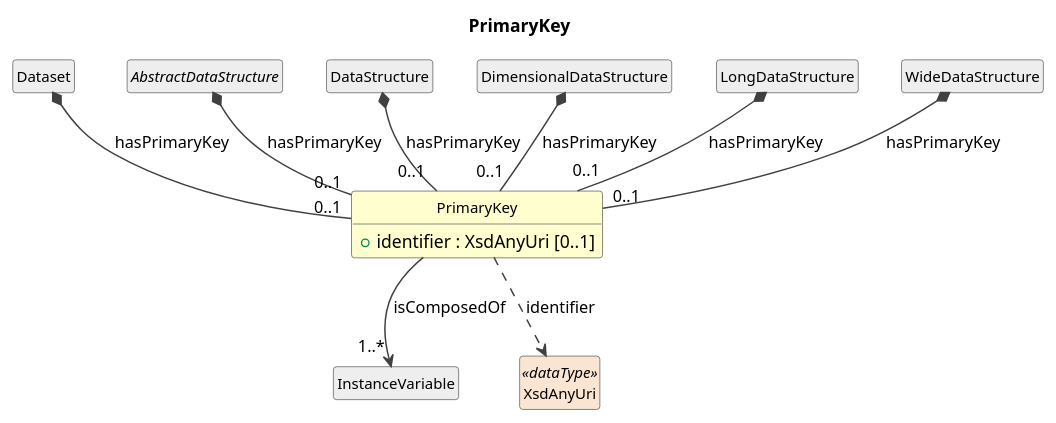
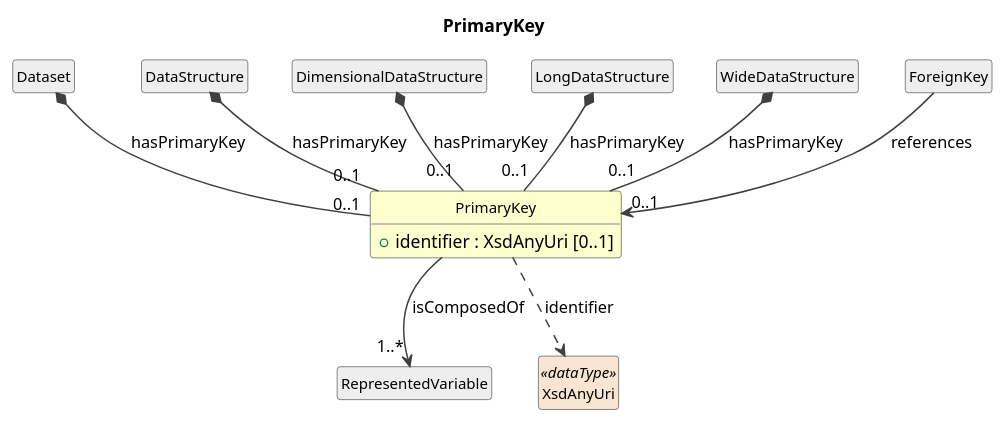
The diagram in cdif-uml-model/_plantuml/dataDescriptionWithStructure/Classes/PrimaryKey.pu (Cross-Domain-Interoperability-Framework/metadataBuildingBlocks), drawn with PlantUML before and after one commit. The commit also changed 253 other files, not shown here.

First line of the commit message:
cdifDataStructure: schema refinement + regenerated diagrams

```diff
--- a/cdif-uml-model/_plantuml/dataDescriptionWithStructure/Classes/PrimaryKey.pu
+++ b/cdif-uml-model/_plantuml/dataDescriptionWithStructure/Classes/PrimaryKey.pu
@@ -1,33 +1,33 @@
 @startuml
 title PrimaryKey
 hide circle
 hide empty members
 skinparam shadowing false
 skinparam ArrowThickness 1.2
 skinparam class {
   ArrowColor #404040
   BorderColor #404040
   FontSize 12
 }
 
 class "PrimaryKey" as PrimaryKey #FEFECE {
   +identifier : XsdAnyUri [0..1]
 }
 class "Dataset" as Dataset #EEEEEE
 Dataset *-- "0..1" PrimaryKey : hasPrimaryKey
-class "InstanceVariable" as InstanceVariable #EEEEEE
-PrimaryKey --> "1..*" InstanceVariable : isComposedOf
-abstract class "AbstractDataStructure" as AbstractDataStructure #EEEEEE
-AbstractDataStructure *-- "0..1" PrimaryKey : hasPrimaryKey
+class "RepresentedVariable" as RepresentedVariable #EEEEEE
+PrimaryKey --> "1..*" RepresentedVariable : isComposedOf
 class "DataStructure" as DataStructure #EEEEEE
 DataStructure *-- "0..1" PrimaryKey : hasPrimaryKey
 class "DimensionalDataStructure" as DimensionalDataStructure #EEEEEE
 DimensionalDataStructure *-- "0..1" PrimaryKey : hasPrimaryKey
 class "LongDataStructure" as LongDataStructure #EEEEEE
 LongDataStructure *-- "0..1" PrimaryKey : hasPrimaryKey
 class "WideDataStructure" as WideDataStructure #EEEEEE
 WideDataStructure *-- "0..1" PrimaryKey : hasPrimaryKey
+class "ForeignKey" as ForeignKey #EEEEEE
+ForeignKey --> "0..1" PrimaryKey : references
 class "XsdAnyUri" as XsdAnyUri <<dataType>> #FAE5D3
 PrimaryKey ..> XsdAnyUri : identifier
 
 @enduml
```
